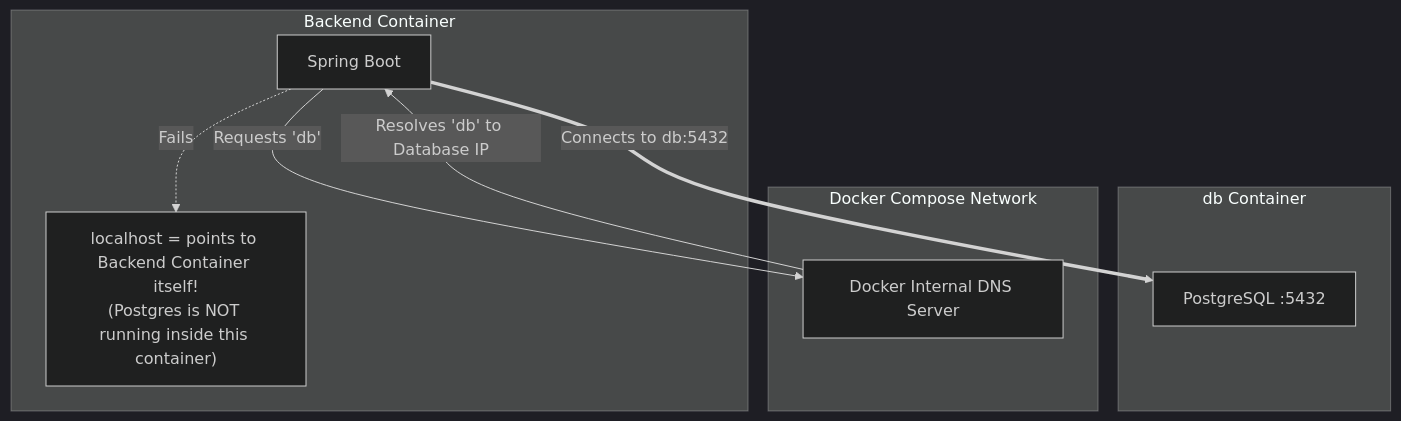
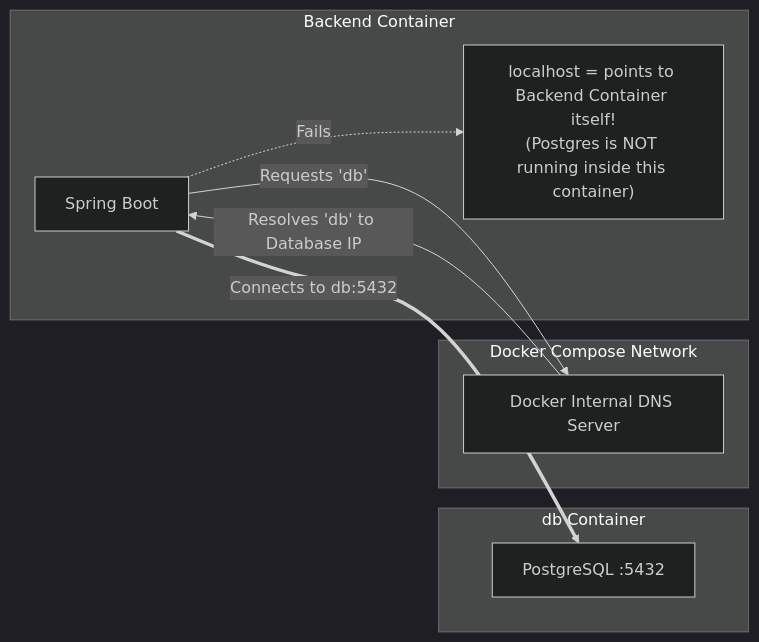
Diagram 13 of 14 in 07-Backend-Engineering/Docker.md (rohithgowda18/Notes), drawn with Mermaid (dark theme) before and after one commit. The commit also changed other lines of this file and 15 other files, not shown here.

Commit message:
docs: audit Mermaid diagrams, optimize side-by-side layouts, and deduplicate DBMS advanced notes

````diff
--- a/07-Backend-Engineering/Docker.md
+++ b/07-Backend-Engineering/Docker.md
@@ -513,20 +518,20 @@
 ```mermaid
-flowchart TD
+flowchart LR
     subgraph Backend ["Backend Container"]
         App["Spring Boot"]
-        Localhost["localhost = points to Backend Container itself!\n(Postgres is NOT running inside this container)"]
+        Localhost["localhost = points to Backend Container itself!<br/>(Postgres is NOT running inside this container)"]
     end
 
     subgraph Database ["db Container"]
         Postgres["PostgreSQL :5432"]
     end
 
     subgraph DockerNetwork ["Docker Compose Network"]
         DNS["Docker Internal DNS Server"]
     end
 
     App -.->|Fails| Localhost
     App -->|Requests 'db'| DNS
     DNS -->|Resolves 'db' to Database IP| App
     App ==>|Connects to db:5432| Postgres
 ```
````
